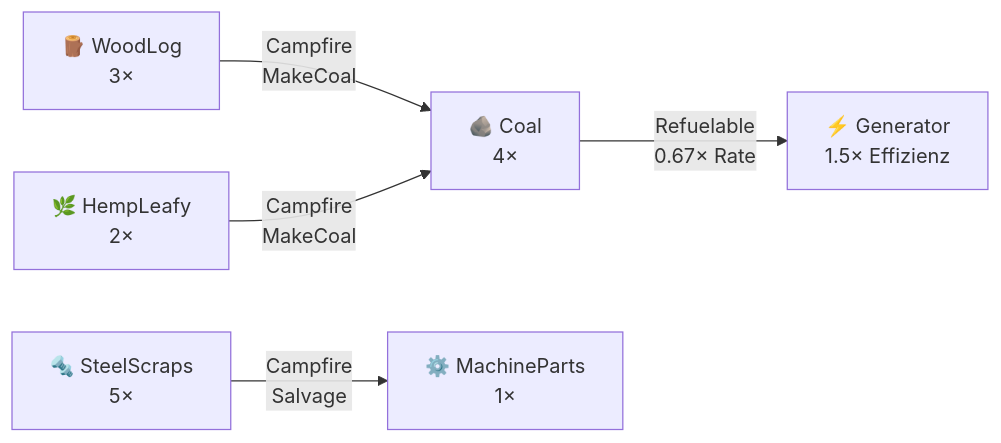
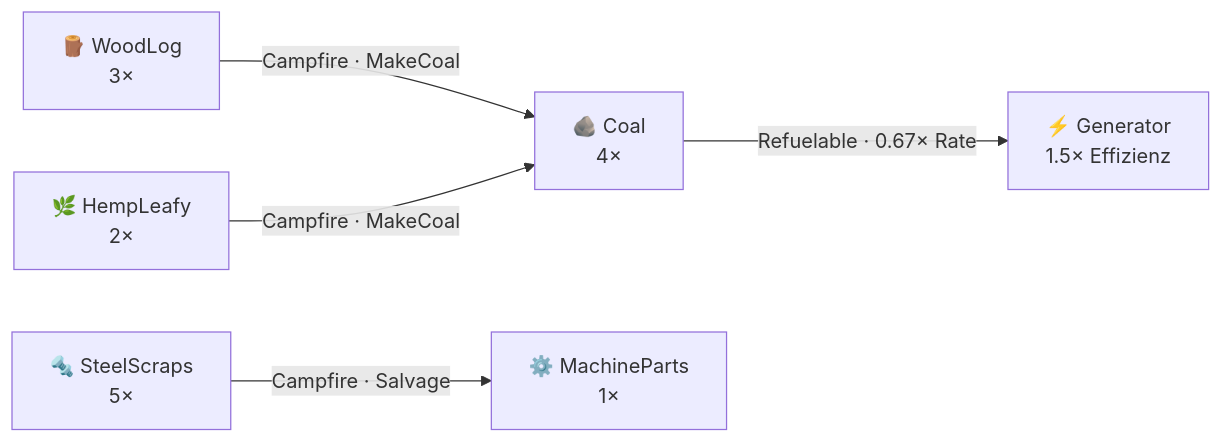
Before and after one commit to vannon091118/Rimconemy: the third of 10 diagrams in README.md, drawn with Mermaid. The commit also changed other lines of this file and 37 other files, not shown here.

````diff
--- a/README.md
+++ b/README.md
@@ -97,7 +93,7 @@
 ```mermaid
 flowchart LR
-    WOOD["🪵 WoodLog<br/>3×"] -->|"Campfire<br/>MakeCoal"| COAL["🪨 Coal<br/>4×"]
-    HEMP["🌿 HempLeafy<br/>2×"] -->|"Campfire<br/>MakeCoal"| COAL
-    COAL -->|"Refuelable<br/>0.67× Rate"| GEN["⚡ Generator<br/>1.5× Effizienz"]
-    STEEL["🔩 SteelScraps<br/>5×"] -->|"Campfire<br/>Salvage"| PARTS["⚙️ MachineParts<br/>1×"]
+    WOOD["🪵 WoodLog<br/>3×"] -->|"Campfire · MakeCoal"| COAL["🪨 Coal<br/>4×"]
+    HEMP["🌿 HempLeafy<br/>2×"] -->|"Campfire · MakeCoal"| COAL
+    COAL -->|"Refuelable · 0.67× Rate"| GEN["⚡ Generator<br/>1.5× Effizienz"]
+    STEEL["🔩 SteelScraps<br/>5×"] -->|"Campfire · Salvage"| PARTS["⚙️ MachineParts<br/>1×"]
 ```
````
